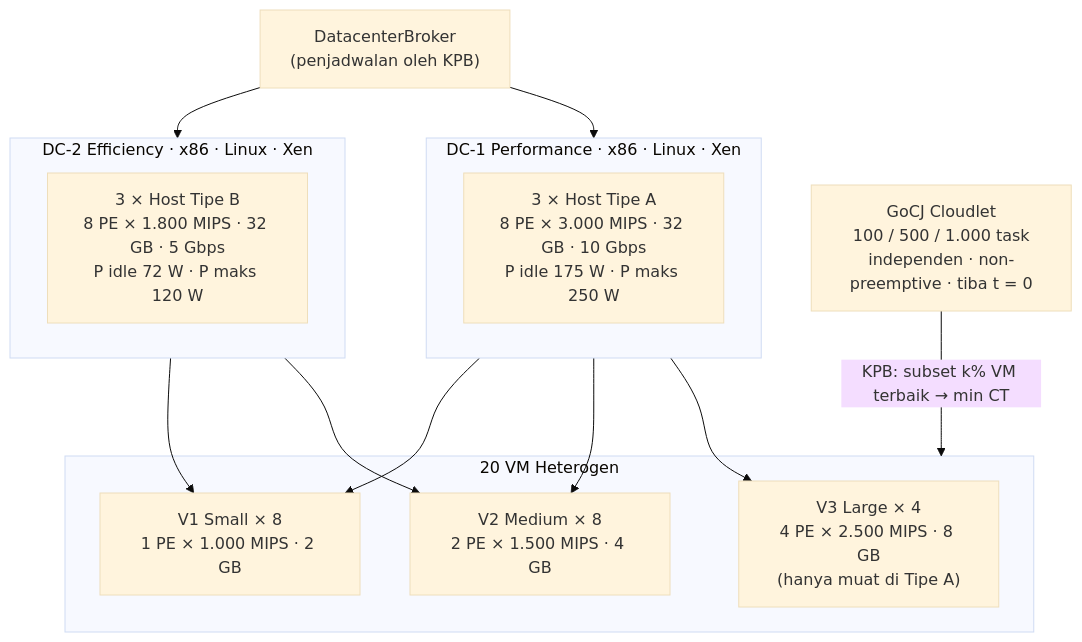
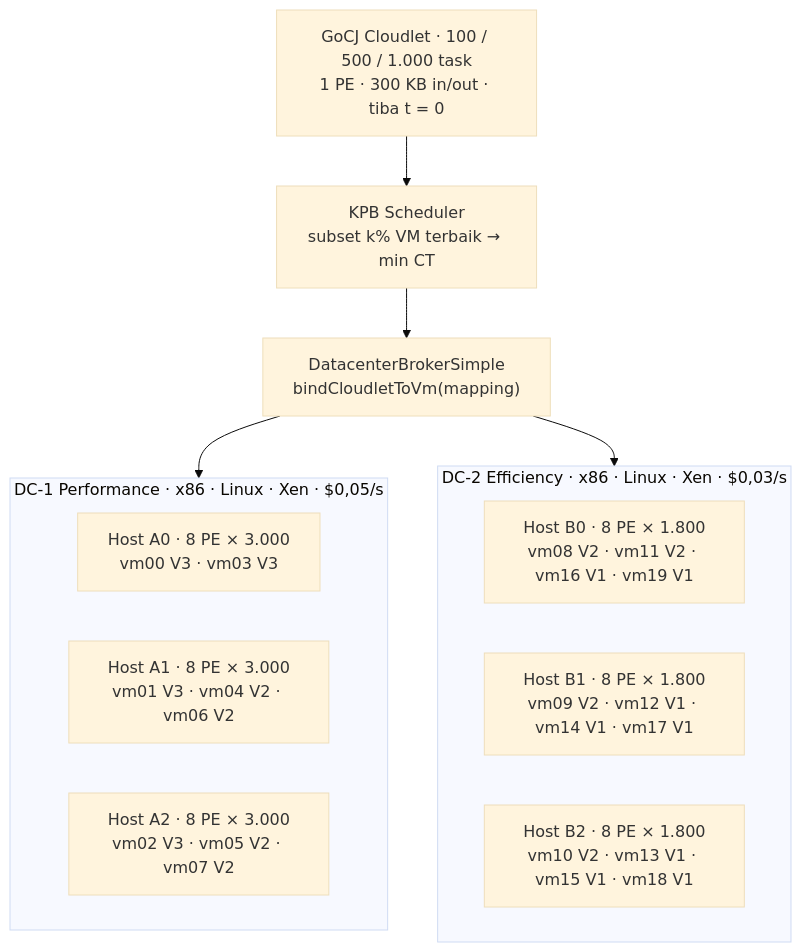
Before and after one commit to pikaapik-io/soka-a-5: the second of 4 diagrams in README.md, drawn with Mermaid (base theme). The commit also changed other lines of this file and 72 other files, not shown here.

````diff
--- a/README.md
+++ b/README.md
@@ -156,29 +155,22 @@
 ```mermaid
 flowchart TD
-    Broker["DatacenterBroker<br/>(penjadwalan oleh KPB)"]
+    T["GoCJ Cloudlet · 100 / 500 / 1.000 task<br/>1 PE · 300 KB in/out · tiba t = 0"]
+    K["KPB Scheduler<br/>subset k% VM terbaik → min CT"]
+    Broker["DatacenterBrokerSimple<br/>bindCloudletToVm(mapping)"]
+    T --> K --> Broker
 
-    subgraph DC1["DC-1 Performance · x86 · Linux · Xen"]
-        HA["3 × Host Tipe A<br/>8 PE × 3.000 MIPS · 32 GB · 10 Gbps<br/>P idle 175 W · P maks 250 W"]
+    subgraph DC1["DC-1 Performance · x86 · Linux · Xen · $0,05/s"]
+        A0["Host A0 · 8 PE × 3.000<br/>vm00 V3 · vm03 V3"]
+        A1["Host A1 · 8 PE × 3.000<br/>vm01 V3 · vm04 V2 · vm06 V2"]
+        A2["Host A2 · 8 PE × 3.000<br/>vm02 V3 · vm05 V2 · vm07 V2"]
     end
 
-    subgraph DC2["DC-2 Efficiency · x86 · Linux · Xen"]
-        HB["3 × Host Tipe B<br/>8 PE × 1.800 MIPS · 32 GB · 5 Gbps<br/>P idle 72 W · P maks 120 W"]
+    subgraph DC2["DC-2 Efficiency · x86 · Linux · Xen · $0,03/s"]
+        B0["Host B0 · 8 PE × 1.800<br/>vm08 V2 · vm11 V2 · vm16 V1 · vm19 V1"]
+        B1["Host B1 · 8 PE × 1.800<br/>vm09 V2 · vm12 V1 · vm14 V1 · vm17 V1"]
+        B2["Host B2 · 8 PE × 1.800<br/>vm10 V2 · vm13 V1 · vm15 V1 · vm18 V1"]
     end
-
-    subgraph VMS["20 VM Heterogen"]
-        V3["V3 Large × 4<br/>4 PE × 2.500 MIPS · 8 GB<br/>(hanya muat di Tipe A)"]
-        V2["V2 Medium × 8<br/>2 PE × 1.500 MIPS · 4 GB"]
-        V1["V1 Small × 8<br/>1 PE × 1.000 MIPS · 2 GB"]
-    end
-
-    T["GoCJ Cloudlet<br/>100 / 500 / 1.000 task<br/>independen · non-preemptive · tiba t = 0"]
 
     Broker --> DC1
     Broker --> DC2
-    DC1 --> V3
-    DC1 --> V2
-    DC2 --> V2
-    DC1 --> V1
-    DC2 --> V1
-    T -->|"KPB: subset k% VM terbaik → min CT"| VMS
 ```
````
